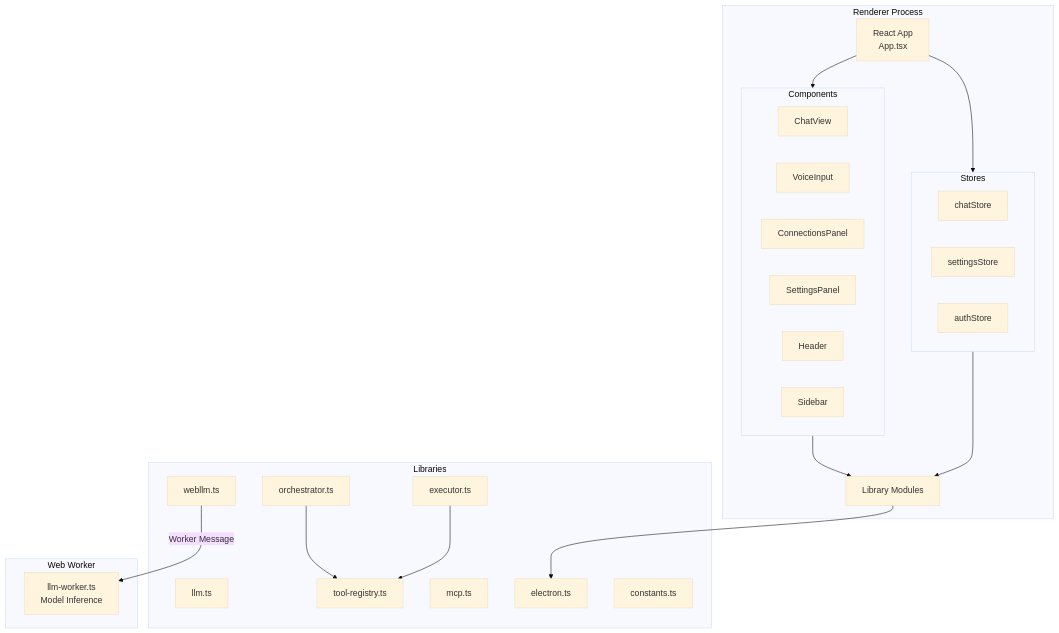
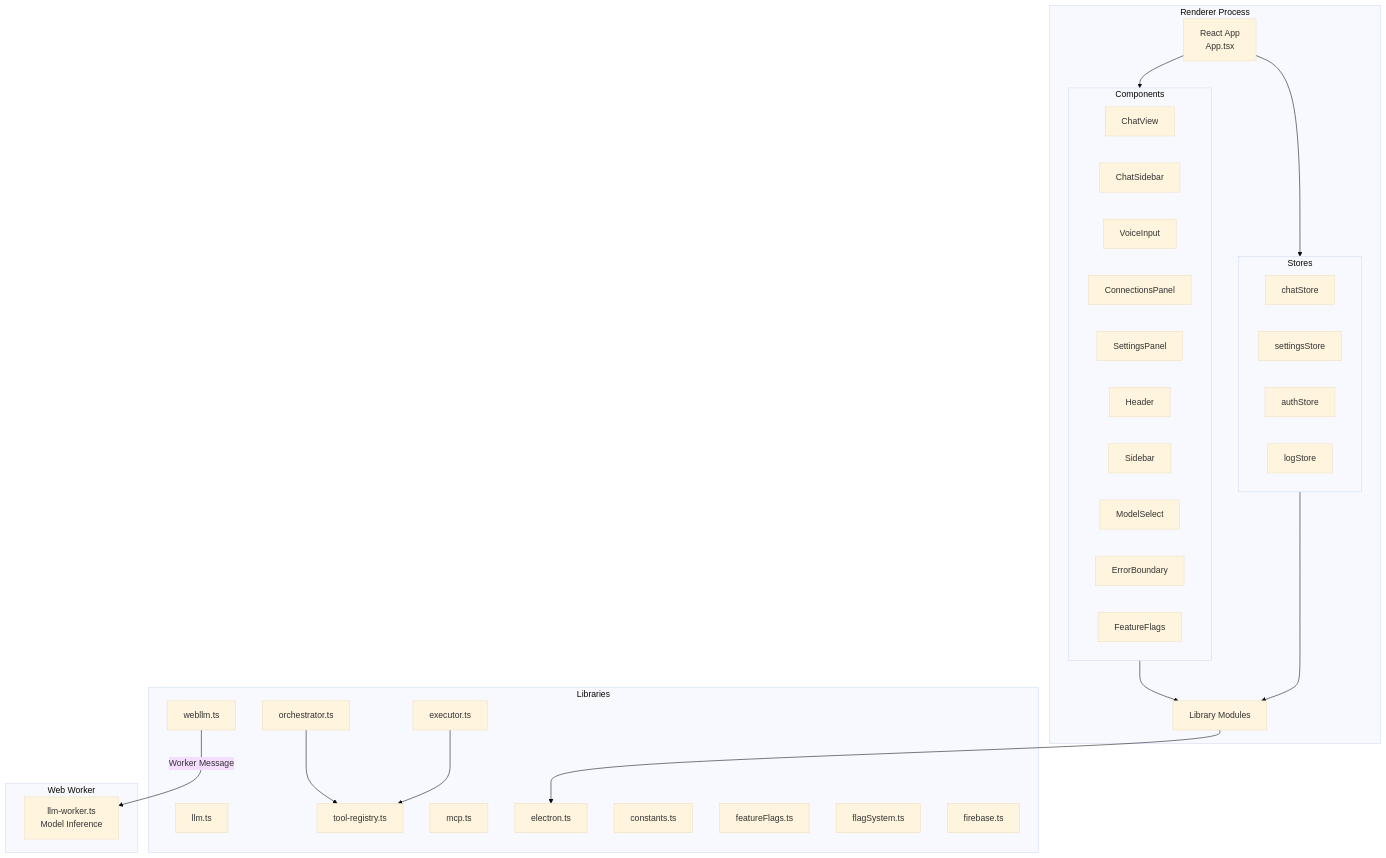
The fourth of 23 diagrams in architecture.md (meharajM/ai-worker.app), drawn with Mermaid (base theme) before and after one commit. The commit also changed other lines of this file and 1 other file, not shown here.

Commit message:
feat: Introduce recursive multi-agent system with Bun sidecar, update architecture documentation, and add logging, new UI components, and expanded LLM providers.

````diff
--- a/architecture.md
+++ b/architecture.md
@@ -133,49 +135,57 @@
 ```mermaid
 graph TB
     subgraph "Renderer Process"
         ReactApp[React App<br/>App.tsx]
         Components[UI Components]
         Stores[Zustand Stores]
         Lib[Library Modules]
     end
 
     subgraph "Components"
         ChatView[ChatView]
+        ChatSidebar[ChatSidebar]
         VoiceInput[VoiceInput]
         ConnectionsPanel[ConnectionsPanel]
         SettingsPanel[SettingsPanel]
         Header[Header]
         Sidebar[Sidebar]
+        ModelSelect[ModelSelect]
+        ErrorBoundary[ErrorBoundary]
+        EnhancedFeatureFlagsPanel[FeatureFlags]
     end
 
     subgraph "Stores"
         ChatStore[chatStore]
         SettingsStore[settingsStore]
         AuthStore[authStore]
+        LogStore[logStore]
     end
 
     subgraph "Libraries"
         LLMLib[llm.ts]
         WebLLMLib[webllm.ts]
         OrchestratorLib[orchestrator.ts]
         ExecutorLib[executor.ts]
         RegistryLib[tool-registry.ts]
         MCPLib[mcp.ts]
         ElectronLib[electron.ts]
         Constants[constants.ts]
+        FeatureFlagsLib[featureFlags.ts]
+        FlagSystemLib[flagSystem.ts]
+        FirebaseLib[firebase.ts]
     end
 
     ReactApp --> Components
     ReactApp --> Stores
     Components --> Lib
     Stores --> Lib
     Lib --> ElectronLib
     OrchestratorLib --> RegistryLib
     ExecutorLib --> RegistryLib
     
     subgraph "Web Worker"
         LLMWorker[llm-worker.ts<br/>Model Inference]
     end
     
     WebLLMLib -->|Worker Message| LLMWorker
 ```
````
